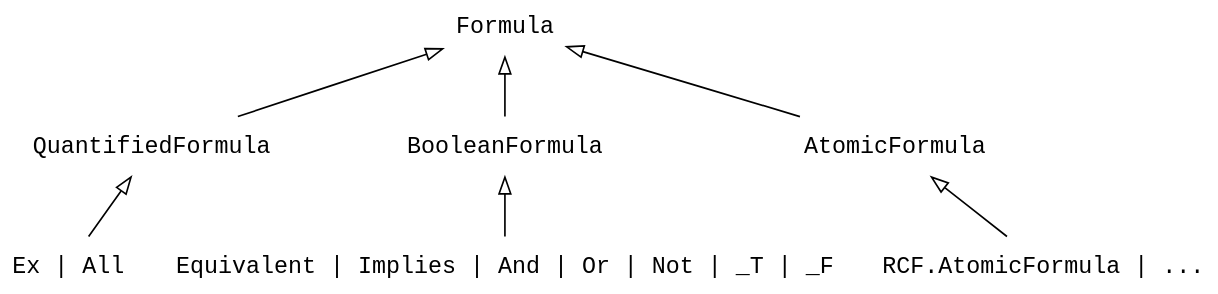
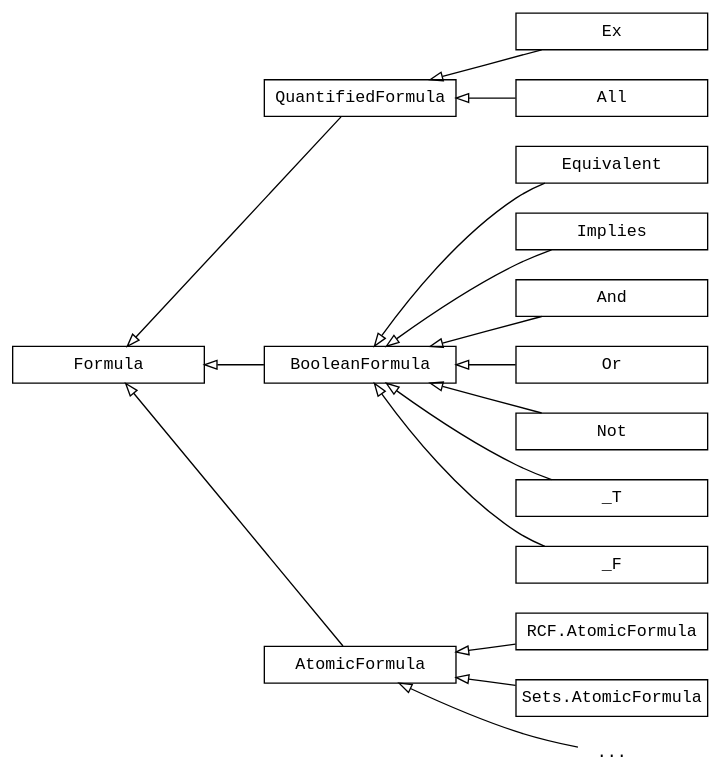
One commit to logic1-eu/logic1 changed the first of 2 diagrams in doc/source/api/firstorder/formula.rst. Above: the diagram before and after it, drawn with Graphviz. The commit also changed other lines of this file and 1 other file, not shown here.

Commit message:
doc: Revised class diagram

```diff
--- a/doc/source/api/firstorder/formula.rst
+++ b/doc/source/api/firstorder/formula.rst
@@ -16,14 +16,16 @@
   .. graphviz::
     :class: only-light
 
      digraph foo {
+        rankdir="RL";
         bgcolor="transparent";
-        edge [dir=back, arrowtail=empty];
-        node [shape=plaintext, fontname="monospace"];
-        "Formula" -> "QuantifiedFormula";
-        "Formula" -> "BooleanFormula" ;
-        "Formula" -> "AtomicFormula";
-        QuantifiedFormula -> "Ex | All";
-        "BooleanFormula" -> "Equivalent | Implies | And | Or | Not | _T | _F";
-        AtomicFormula -> "RCF.AtomicFormula | ...";
+        edge [arrowhead=empty, arrowsize=0.75, penwidth=0.8];
+        node [shape=box, fixedsize=true, width=1.6, height=0.3,
+              fontsize="10pt", fontname="monospace", penwidth=0.8];
+        Ex, All -> QuantifiedFormula;
+        Equivalent, Implies, And, Or, Not, _T, _F -> BooleanFormula;
+        "RCF.AtomicFormula", "Sets.AtomicFormula" -> AtomicFormula;
+        QuantifiedFormula, BooleanFormula, AtomicFormula -> Formula;
+        dots [shape=plaintext, height=0.1, label="..."];
+        dots -> AtomicFormula;
      }
```
